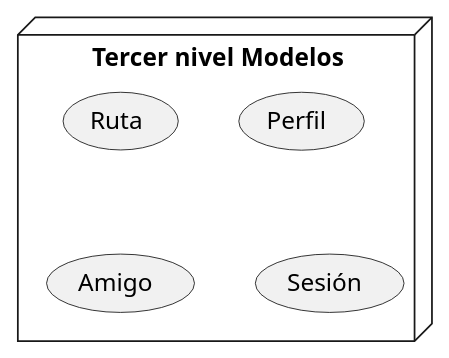
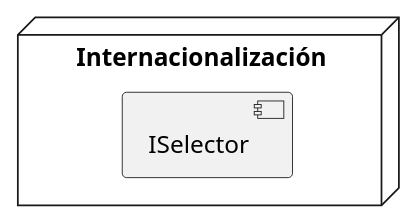
The third of 4 diagrams in src/docs/05_building_block_view.adoc (Arquisoft/viade_es1a), drawn with PlantUML before and after one commit. The commit also changed other lines of this file and 2 other files, not shown here.

```diff
--- a/src/docs/05_building_block_view.adoc
+++ b/src/docs/05_building_block_view.adoc
@@ -43,11 +64,8 @@
-[plantuml,Tercer nivel Modelos,png]
+[plantuml,Tercer nivel servicios,png]
 ----
 @startuml
-node "Tercer nivel Modelos"{
-  (Ruta)
-  (Perfil)
-  (Amigo)
-  (Sesión)
-}
+  node "Internacionalización" as inter{
+    [ISelector]
+  }
 @enduml
 ----
```
